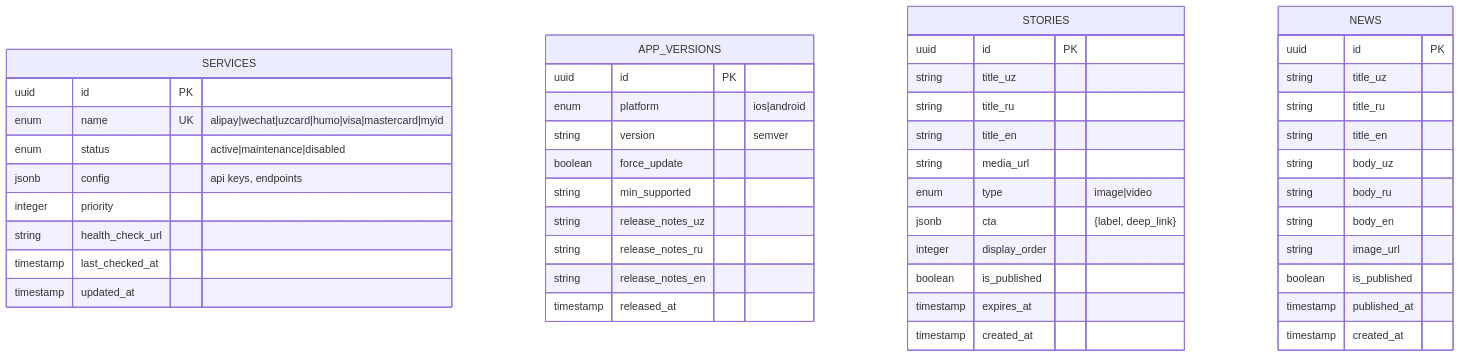
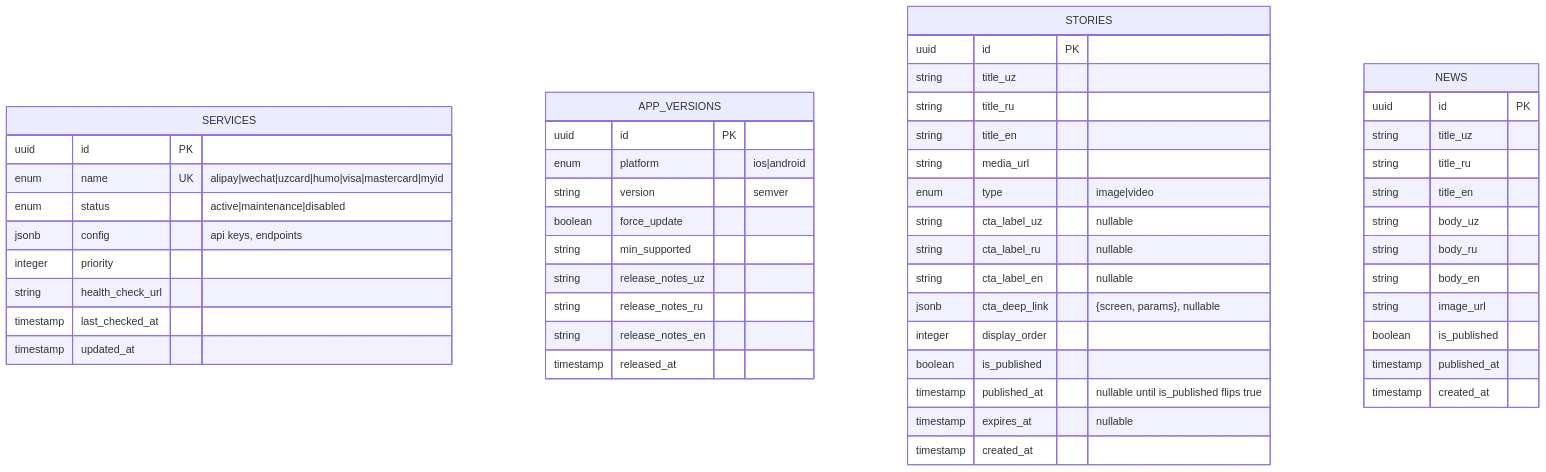
Diagram 12 of 12 in docs/models.md (SardorAllaberganov/zhi-pay), drawn with Mermaid before and after one commit. The commit also changed other lines of this file, not shown here.

Commit message:
docs(models): cascade STORIES schema — published_at + per-locale CTA + display_order partial unique

````diff
--- a/docs/models.md
+++ b/docs/models.md
@@ -556,50 +556,54 @@
 ```mermaid
 erDiagram
   SERVICES {
     uuid id PK
     enum name UK "alipay|wechat|uzcard|humo|visa|mastercard|myid"
     enum status "active|maintenance|disabled"
     jsonb config "api keys, endpoints"
     integer priority
     string health_check_url
     timestamp last_checked_at
     timestamp updated_at
   }
   APP_VERSIONS {
     uuid id PK
     enum platform "ios|android"
     string version "semver"
     boolean force_update
     string min_supported
     string release_notes_uz
     string release_notes_ru
     string release_notes_en
     timestamp released_at
   }
   STORIES {
     uuid id PK
     string title_uz
     string title_ru
     string title_en
     string media_url
     enum type "image|video"
-    jsonb cta "{label, deep_link}"
+    string cta_label_uz "nullable"
+    string cta_label_ru "nullable"
+    string cta_label_en "nullable"
+    jsonb cta_deep_link "{screen, params}, nullable"
     integer display_order
     boolean is_published
-    timestamp expires_at
+    timestamp published_at "nullable until is_published flips true"
+    timestamp expires_at "nullable"
     timestamp created_at
   }
   NEWS {
     uuid id PK
     string title_uz
     string title_ru
     string title_en
     string body_uz
     string body_ru
     string body_en
     string image_url
     boolean is_published
     timestamp published_at
     timestamp created_at
   }
 ```
````
